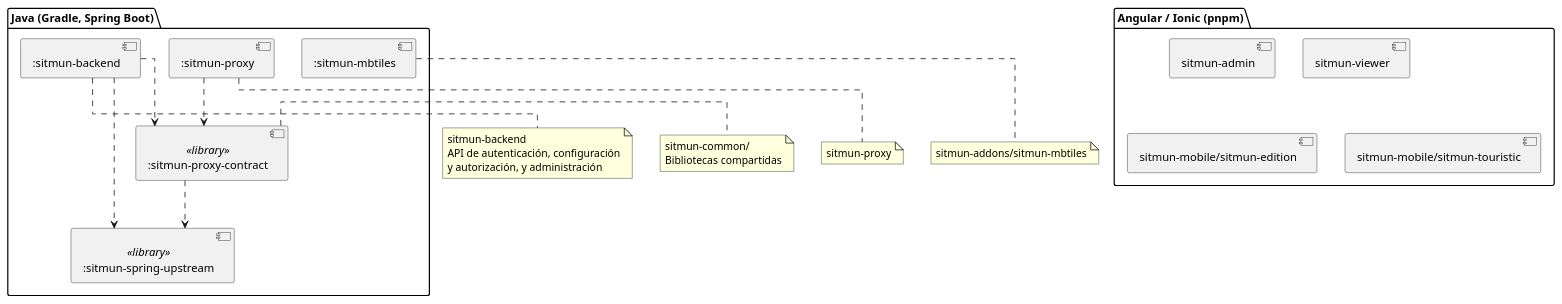
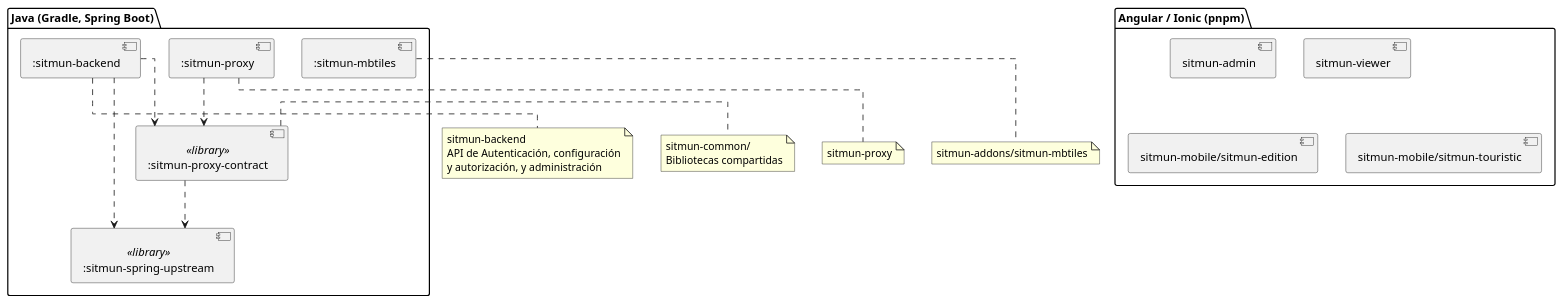
The fifth of 6 diagrams in docs/que-es-sitmun/plataforma/arquitectura/index.md (sitmun/sitmun.github.io), drawn with PlantUML before and after one commit. The commit also changed other lines of this file and 23 other files, not shown here.

````diff
--- a/docs/que-es-sitmun/plataforma/arquitectura/index.md
+++ b/docs/que-es-sitmun/plataforma/arquitectura/index.md
@@ -758,43 +758,43 @@
 ```plantuml alt="Diagrama de módulos: los módulos Java (sitmun-backend, sitmun-proxy y sitmun-mbtiles) y las bibliotecas comunes sitmun-proxy-contract y sitmun-spring-upstream, y las aplicaciones Angular e Ionic (sitmun-admin, sitmun-viewer, sitmun-edition y sitmun-touristic)."
 @startuml
 
 skinparam linetype ortho
 
 package "Java (Gradle, Spring Boot)" {
   component ":sitmun-backend" as backend
   component ":sitmun-proxy" as proxy
   component ":sitmun-mbtiles" as mbtiles
   component ":sitmun-proxy-contract" as contract <<library>>
   component ":sitmun-spring-upstream" as upstream <<library>>
 }
 
 package "Angular / Ionic (pnpm)" {
   component "sitmun-admin" as admin
   component "sitmun-viewer" as viewer
   component "sitmun-mobile/sitmun-edition" as edition
   component "sitmun-mobile/sitmun-touristic" as touristic
 }
 
 note bottom of backend
   sitmun-backend
-  API de autenticación, configuración
+  API de Autenticación, configuración
   y autorización, y administración
 end note
 note bottom of proxy
   sitmun-proxy
 end note
 note bottom of mbtiles
   sitmun-addons/sitmun-mbtiles
 end note
 note right of contract
   sitmun-common/
   Bibliotecas compartidas
 end note
 
 backend ..> contract
 backend ..> upstream
 proxy ..> contract
 contract ..> upstream
 
 @enduml
 ```
````
